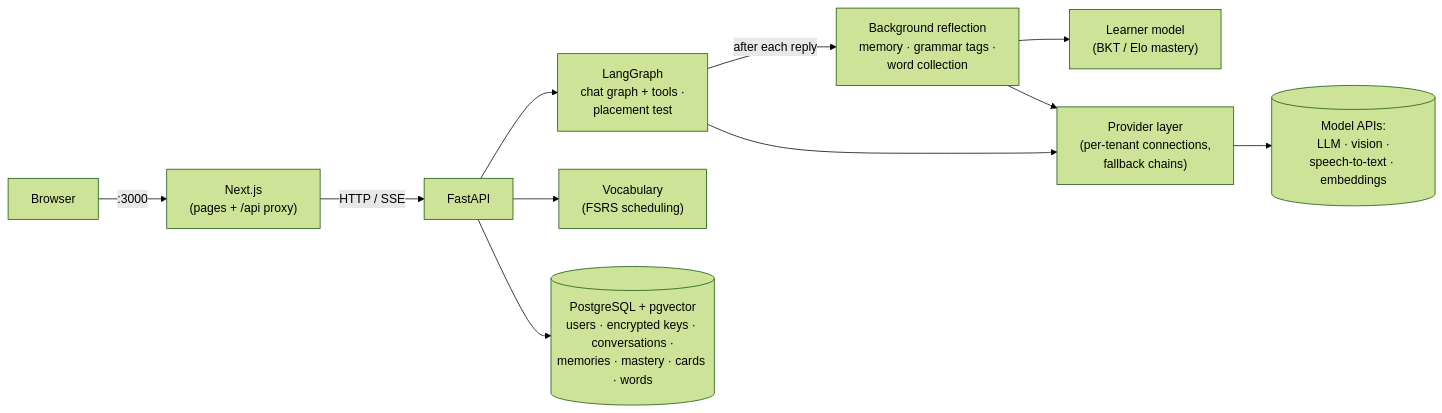
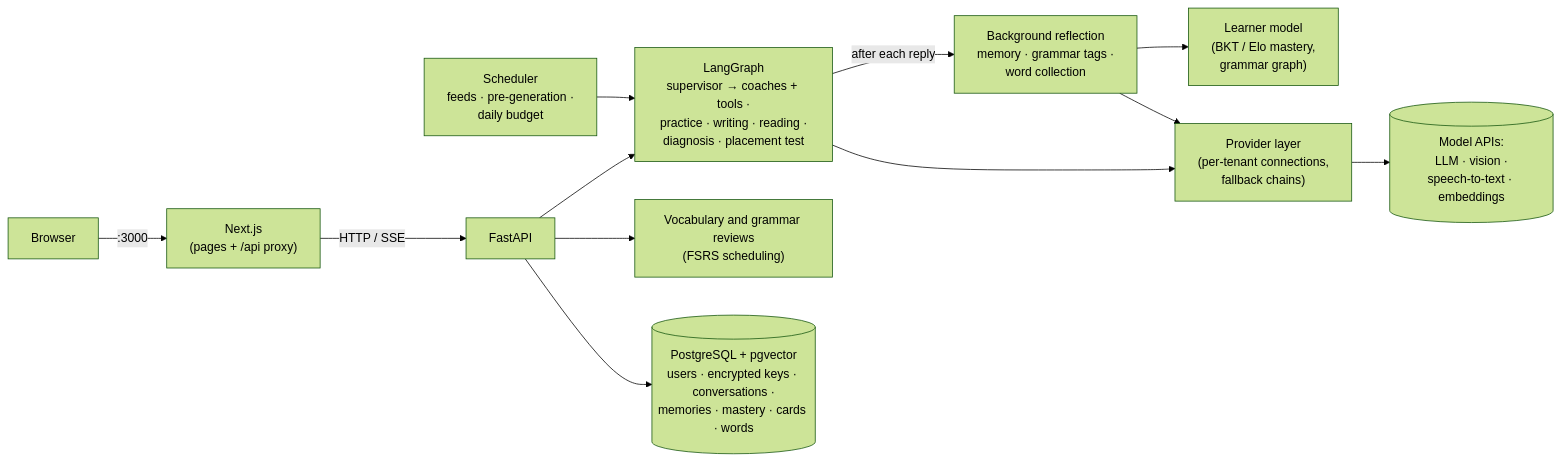
One commit to YangD1/lingo-agent changed the diagram in README.md. Above: the diagram before and after it, drawn with Mermaid (forest theme). The commit also changed other lines of this file and 11 other files, not shown here.

First line of the commit message:
docs: 任务 49.4 README 加 P2 截图，标 P2 完成

````diff
--- a/README.md
+++ b/README.md
@@ -135,13 +139,14 @@
 ```mermaid
 flowchart LR
     B[Browser] -->|:3000| F["Next.js<br/>(pages + /api proxy)"]
     F -->|"HTTP / SSE"| A[FastAPI]
-    A --> G["LangGraph<br/>chat graph + tools ·<br/>placement test"]
+    A --> G["LangGraph<br/>supervisor → coaches + tools ·<br/>practice · writing · reading ·<br/>diagnosis · placement test"]
     G -->|"after each reply"| R["Background reflection<br/>memory · grammar tags ·<br/>word collection"]
-    R --> L["Learner model<br/>(BKT / Elo mastery)"]
-    A --> V["Vocabulary<br/>(FSRS scheduling)"]
+    R --> L["Learner model<br/>(BKT / Elo mastery,<br/>grammar graph)"]
+    A --> V["Vocabulary and grammar reviews<br/>(FSRS scheduling)"]
+    S["Scheduler<br/>feeds · pre-generation ·<br/>daily budget"] --> G
     G --> P["Provider layer<br/>(per-tenant connections,<br/>fallback chains)"]
     R --> P
     P --> M[("Model APIs:<br/>LLM · vision ·<br/>speech-to-text · embeddings")]
     A --> D[("PostgreSQL + pgvector<br/>users · encrypted keys · conversations ·<br/>memories · mastery · cards · words")]
 ```
````
